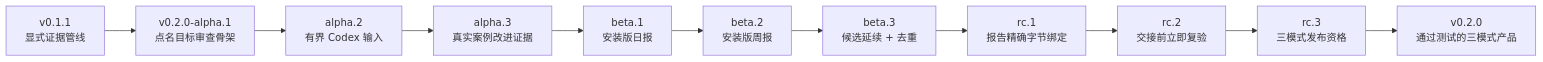
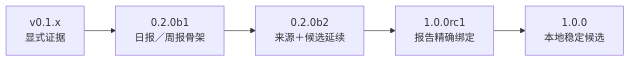
The diagram in UPDATE_MAP.zh-CN.md (adand-91/gpt-6-astra-skill), drawn with Mermaid before and after one commit. The commit also changed other lines of this file and 87 other files, not shown here.

````diff
--- a/UPDATE_MAP.zh-CN.md
+++ b/UPDATE_MAP.zh-CN.md
@@ -14,13 +11,7 @@
 ```mermaid
 flowchart LR
-    A["v0.1.1<br/>显式证据管线"] --> B["v0.2.0-alpha.1<br/>点名目标审查骨架"]
-    B --> C["alpha.2<br/>有界 Codex 输入"]
-    C --> D["alpha.3<br/>真实案例改进证据"]
-    D --> E["beta.1<br/>安装版日报"]
-    E --> F["beta.2<br/>安装版周报"]
-    F --> G["beta.3<br/>候选延续 + 去重"]
-    G --> H["rc.1<br/>报告精确字节绑定"]
-    H --> I["rc.2<br/>交接前立即复验"]
-    I --> J["rc.3<br/>三模式发布资格"]
-    J --> K["v0.2.0<br/>通过测试的三模式产品"]
+    A["v0.1.x<br/>显式证据"] --> B["0.2.0b1<br/>日报／周报骨架"]
+    B --> C["0.2.0b2<br/>来源＋候选延续"]
+    C --> D["1.0.0rc1<br/>报告精确绑定"]
+    D --> E["1.0.0<br/>本地稳定候选"]
 ```
````
